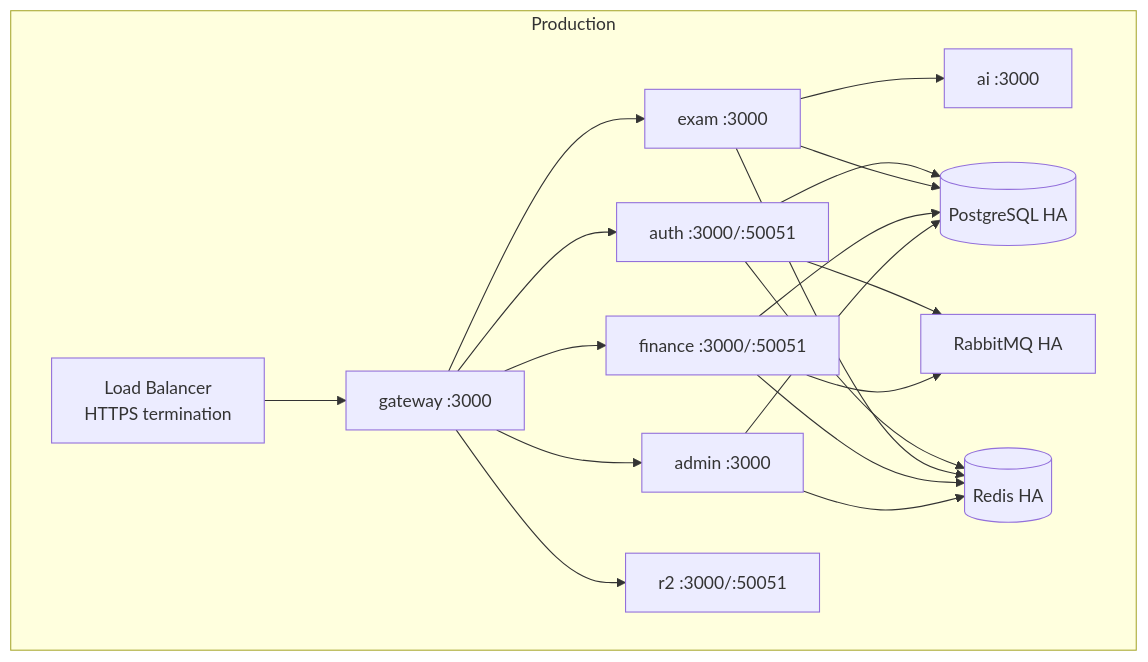
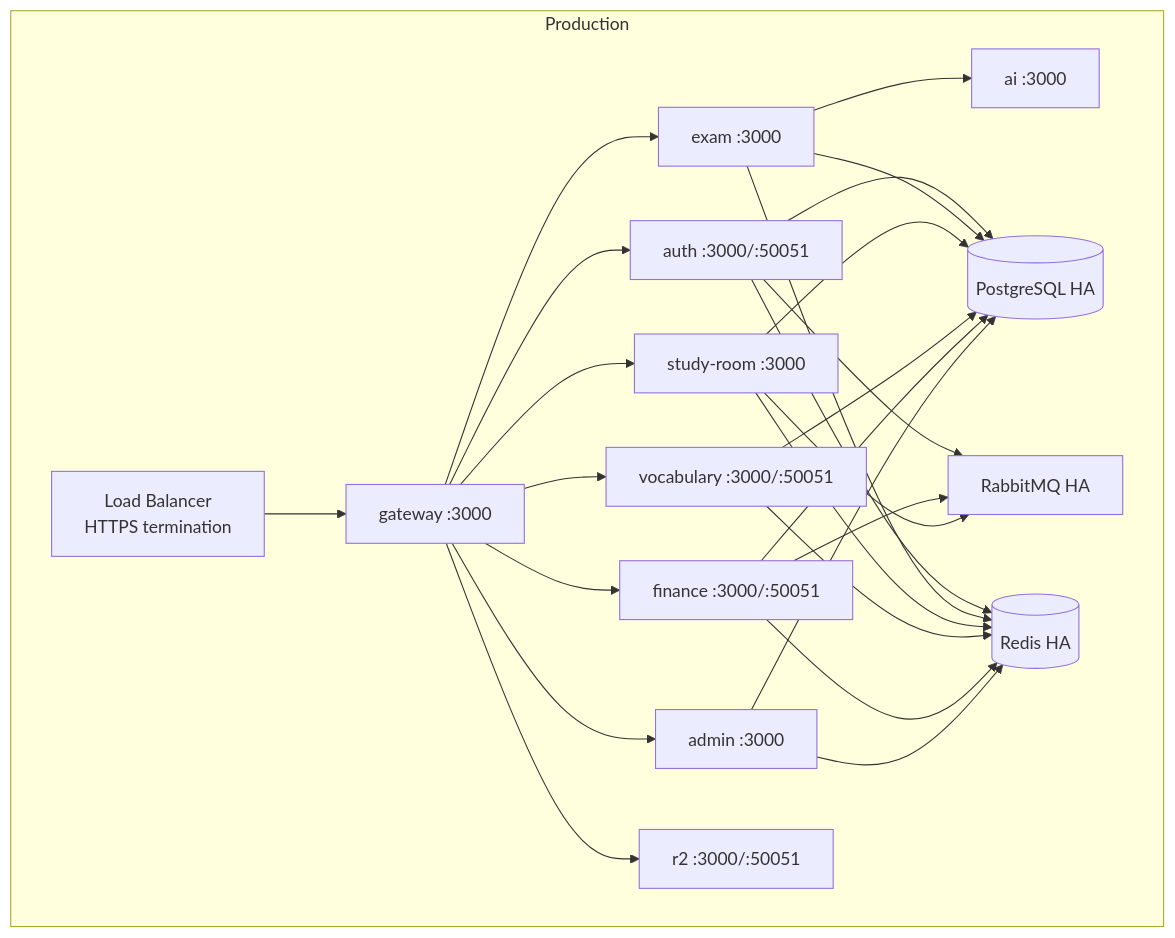
One commit to tgiap04/examio changed the eighth of 9 diagrams in docs/system/architecture.md. Above: the diagram before and after it, drawn with Mermaid. The commit also changed other lines of this file and 12 other files, not shown here.

Commit message:
docs: document the study-room and vocabulary services

````diff
--- a/docs/system/architecture.md
+++ b/docs/system/architecture.md
@@ -455,33 +473,42 @@
 ```mermaid
 graph TB
     subgraph Production
         LB[Load Balancer<br/>HTTPS termination]
         GW[gateway :3000]
         AUTH[auth :3000/:50051]
         EXAM[exam :3000]
+        STUDY[study-room :3000]
+        VOCAB[vocabulary :3000/:50051]
         FIN[finance :3000/:50051]
         ADMIN[admin :3000]
         R2[r2 :3000/:50051]
         AI[ai :3000]
         PG[(PostgreSQL HA)]
         REDIS[(Redis HA)]
         RMQ[RabbitMQ HA]
     end
     LB --> GW
     GW --> AUTH
     GW --> EXAM
+    GW --> STUDY
+    GW --> VOCAB
     GW --> FIN
     GW --> ADMIN
     GW --> R2
     EXAM --> AI
     AUTH --> PG
     EXAM --> PG
+    STUDY --> PG
+    VOCAB --> PG
     FIN --> PG
     ADMIN --> PG
     AUTH --> RMQ
     FIN --> RMQ
+    STUDY --> RMQ
     AUTH --> REDIS
     EXAM --> REDIS
+    STUDY --> REDIS
+    VOCAB --> REDIS
     FIN --> REDIS
     ADMIN --> REDIS
 ```
````
